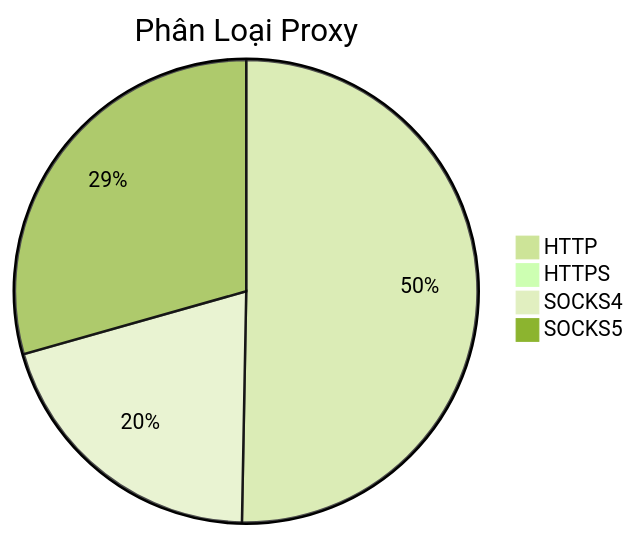
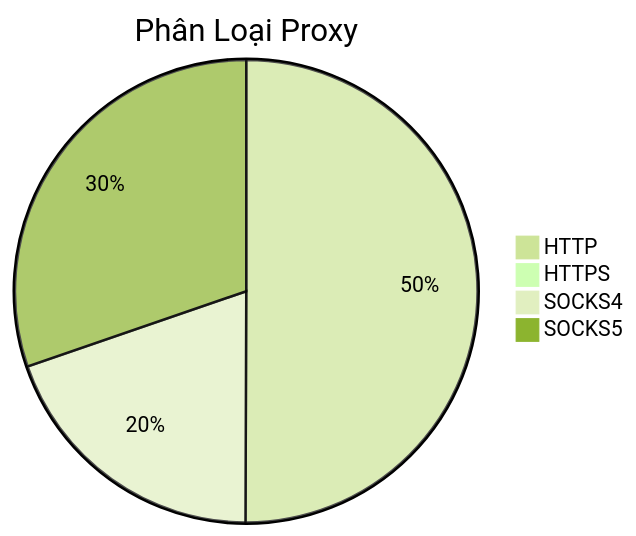
The diagram in README.md (Ciara-12/PROXY-free), drawn with Mermaid (forest theme) before and after one commit. The commit also changed other lines of this file and 4 other files, not shown here.

````diff
--- a/README.md
+++ b/README.md
@@ -26,7 +26,7 @@
 ```mermaid
 pie title Phân Loại Proxy
-    "HTTP" : 594
+    "HTTP" : 491
     "HTTPS" : 3
-    "SOCKS4" : 240
-    "SOCKS5" : 347
+    "SOCKS4" : 193
+    "SOCKS5" : 297
 ```
````
